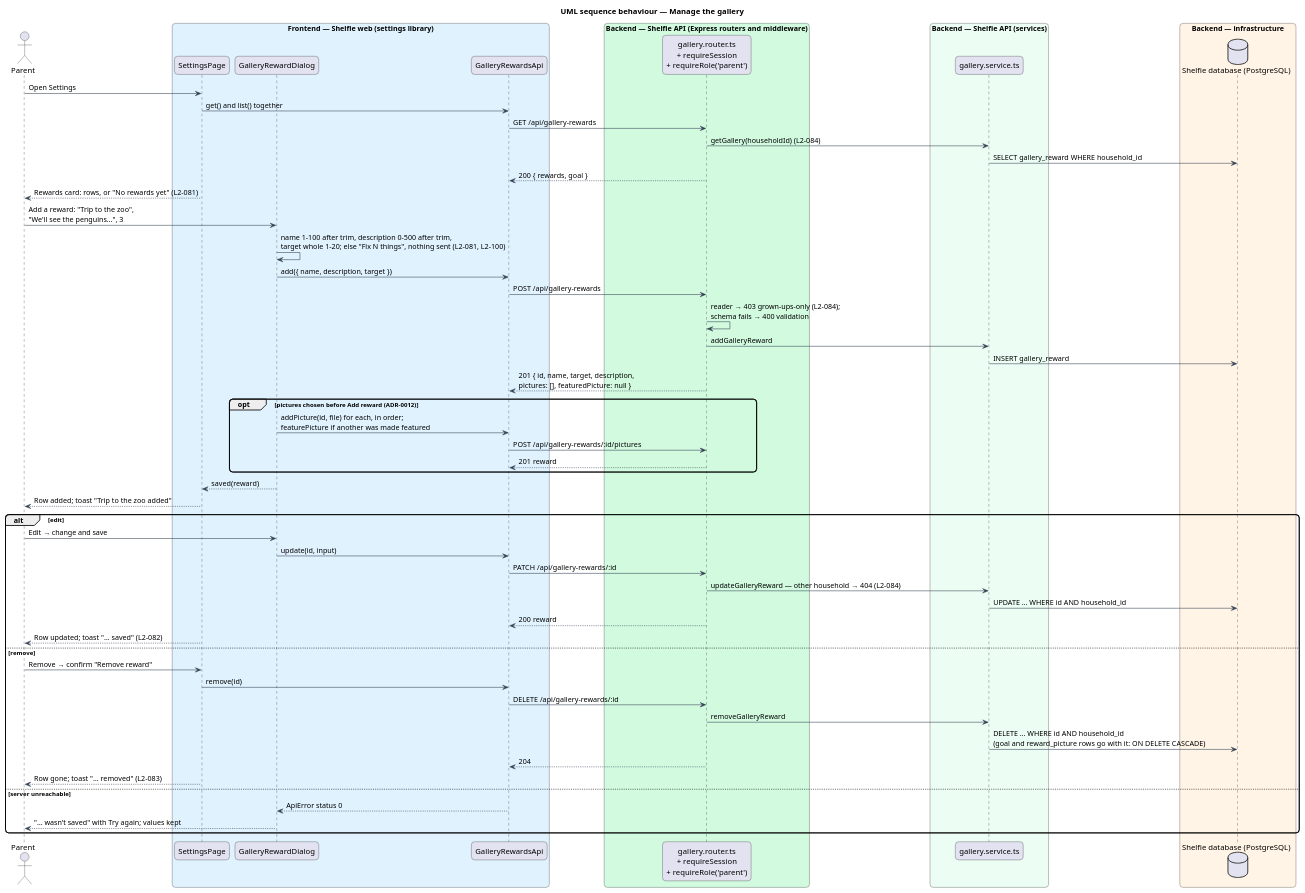
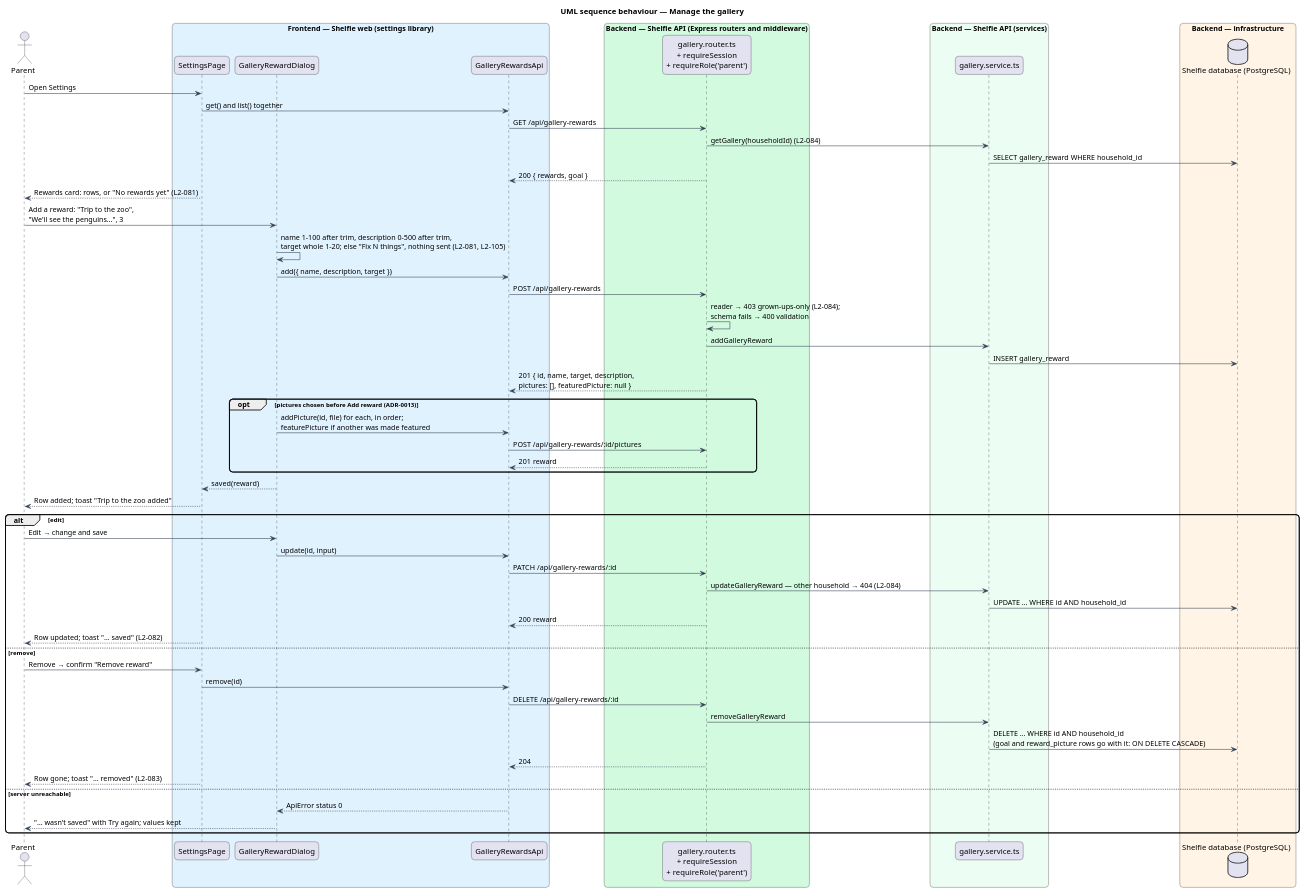
One commit to QuinntyneBrown/shelfie changed the diagram in docs/detailed-designs/review/reward-gallery/diagrams/sequence-manage-gallery.puml. Above: the diagram before and after it, drawn with PlantUML. The commit also changed 54 other files, not shown here.

First line of the commit message:
Renumber reward descriptions and pictures to L2-105 to L2-110, ADR-0013 and migration 007, after main took L2-100 to L2-104, ADR-0012 and migration 006 for streak rewards

```diff
--- a/docs/detailed-designs/review/reward-gallery/diagrams/sequence-manage-gallery.puml
+++ b/docs/detailed-designs/review/reward-gallery/diagrams/sequence-manage-gallery.puml
@@ -1,66 +1,66 @@
 @startuml
 title UML sequence behaviour — Manage the gallery
 skinparam backgroundColor #FFFFFF
 skinparam shadowing false
 skinparam roundcorner 12
 skinparam defaultFontName Arial
 skinparam ArrowColor #344054
 actor "Parent" as parent
 box "Frontend — Shelfie web (settings library)" #E0F2FE
   participant "SettingsPage" as page
   participant "GalleryRewardDialog" as dialog
   participant "GalleryRewardsApi" as client
 end box
 box "Backend — Shelfie API (Express routers and middleware)" #D1FADF
   participant "gallery.router.ts\n+ requireSession\n+ requireRole('parent')" as router
 end box
 box "Backend — Shelfie API (services)" #ECFDF3
   participant "gallery.service.ts" as service
 end box
 box "Backend — infrastructure" #FFF4E5
   database "Shelfie database (PostgreSQL)" as db
 end box
 
 parent -> page : Open Settings
 page -> client : get() and list() together
 client -> router : GET /api/gallery-rewards
 router -> service : getGallery(householdId) (L2-084)
 service -> db : SELECT gallery_reward WHERE household_id
 router --> client : 200 { rewards, goal }
 page --> parent : Rewards card: rows, or "No rewards yet" (L2-081)
 parent -> dialog : Add a reward: "Trip to the zoo",\n"We'll see the penguins…", 3
-dialog -> dialog : name 1–100 after trim, description 0–500 after trim,\ntarget whole 1–20; else "Fix N things", nothing sent (L2-081, L2-100)
+dialog -> dialog : name 1–100 after trim, description 0–500 after trim,\ntarget whole 1–20; else "Fix N things", nothing sent (L2-081, L2-105)
 dialog -> client : add({ name, description, target })
 client -> router : POST /api/gallery-rewards
 router -> router : reader → 403 grown-ups-only (L2-084);\nschema fails → 400 validation
 router -> service : addGalleryReward
 service -> db : INSERT gallery_reward
 router --> client : 201 { id, name, target, description,\npictures: [], featuredPicture: null }
-opt pictures chosen before Add reward (ADR-0012)
+opt pictures chosen before Add reward (ADR-0013)
   dialog -> client : addPicture(id, file) for each, in order;\nfeaturePicture if another was made featured
   client -> router : POST /api/gallery-rewards/:id/pictures
   router --> client : 201 reward
 end
 dialog --> page : saved(reward)
 page --> parent : Row added; toast "Trip to the zoo added"
 alt edit
   parent -> dialog : Edit → change and save
   dialog -> client : update(id, input)
   client -> router : PATCH /api/gallery-rewards/:id
   router -> service : updateGalleryReward — other household → 404 (L2-084)
   service -> db : UPDATE … WHERE id AND household_id
   router --> client : 200 reward
   page --> parent : Row updated; toast "… saved" (L2-082)
 else remove
   parent -> page : Remove → confirm "Remove reward"
   page -> client : remove(id)
   client -> router : DELETE /api/gallery-rewards/:id
   router -> service : removeGalleryReward
   service -> db : DELETE … WHERE id AND household_id\n(goal and reward_picture rows go with it: ON DELETE CASCADE)
   router --> client : 204
   page --> parent : Row gone; toast "… removed" (L2-083)
 else server unreachable
   client --> dialog : ApiError status 0
   dialog --> parent : "… wasn’t saved" with Try again; values kept
 end
 @enduml
```
